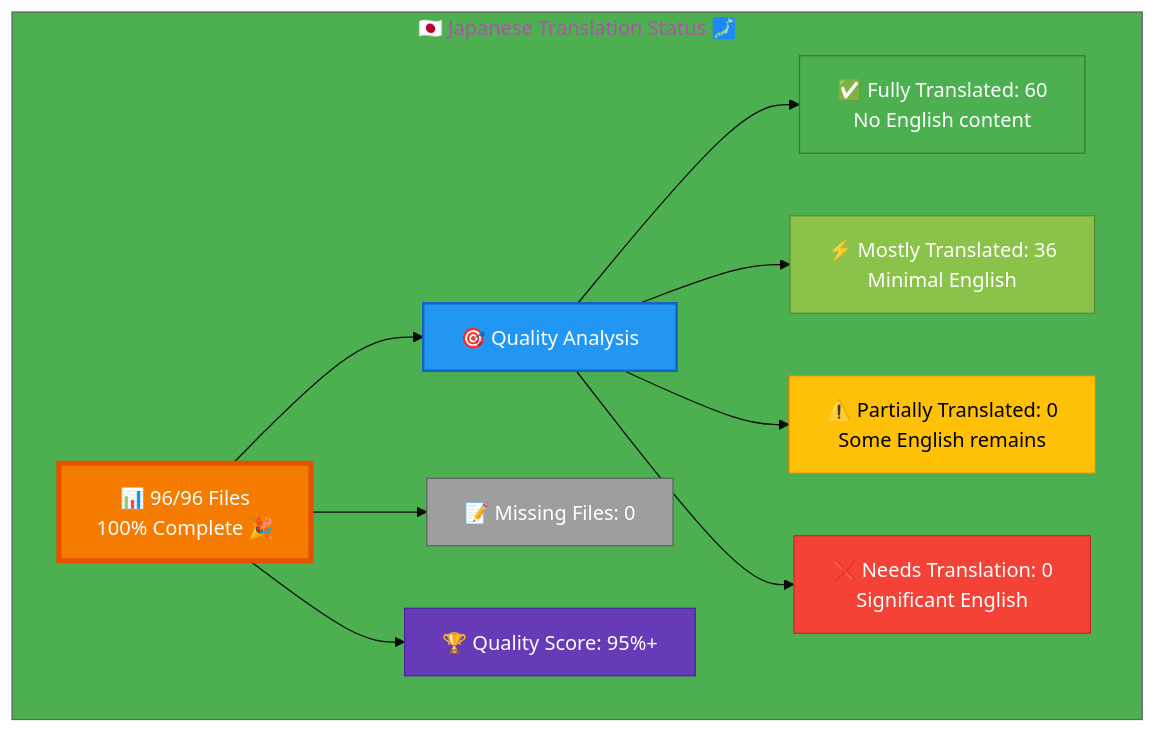
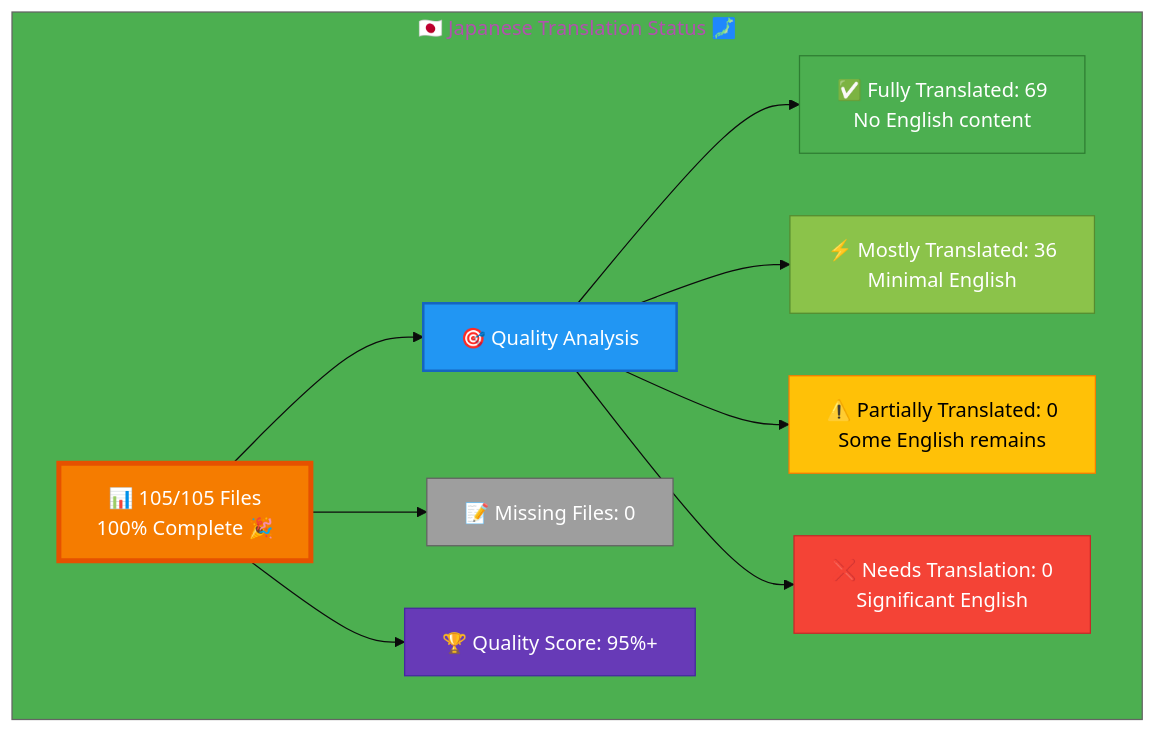
One commit to Hack23/homepage changed the diagram in Japanese-Translation-Status.md. Above: the diagram before and after it, drawn with Mermaid. The commit also changed other lines of this file and 9 other files, not shown here.

````diff
--- a/Japanese-Translation-Status.md
+++ b/Japanese-Translation-Status.md
@@ -12,26 +12,26 @@
 ```mermaid
 %%{init: {'theme':'base', 'themeVariables': {'primaryColor':'#F57C00','secondaryColor':'#2196F3','tertiaryColor':'#4CAF50','fontSize':'16px'}}}%%
 graph TB
     subgraph "🇯🇵 Japanese Translation Status 🗾"
-        A["📊 96/96 Files<br/>100% Complete 🎉 "]
+        A["📊 105/105 Files<br/>100% Complete 🎉 "]
         
         A --> B["🎯 Quality Analysis"]
-        B --> C["✅ Fully Translated: 60<br/>No English content"]
+        B --> C["✅ Fully Translated: 69<br/>No English content"]
         B --> D["⚡ Mostly Translated: 36<br/>Minimal English"]
         B --> E["⚠️  Partially Translated: 0<br/>Some English remains"]
         B --> F["❌ Needs Translation: 0<br/>Significant English"]
         
         A --> G["📝 Missing Files: 0"]
         
         A --> H["🏆 Quality Score: 95%+"]
         
         style A fill:#F57C00,stroke:#E65100,color:#fff,stroke-width:4px
         style B fill:#2196F3,stroke:#1565C0,color:#fff,stroke-width:2px
         style C fill:#4CAF50,stroke:#2E7D32,color:#fff
         style D fill:#8BC34A,stroke:#558B2F,color:#fff
         style E fill:#FFC107,stroke:#F57C00,color:#000
         style F fill:#F44336,stroke:#C62828,color:#fff
         style G fill:#9E9E9E,stroke:#616161,color:#fff
         style H fill:#673AB7,stroke:#4527A0,color:#fff
     end
 ```
````
